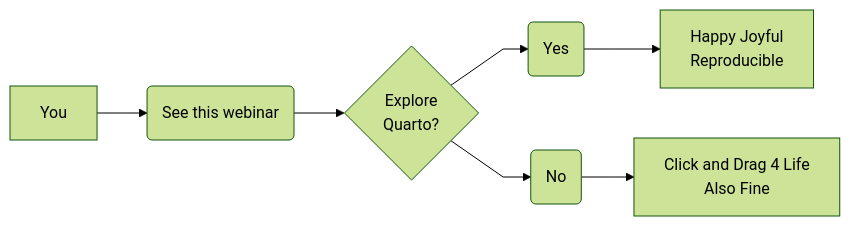
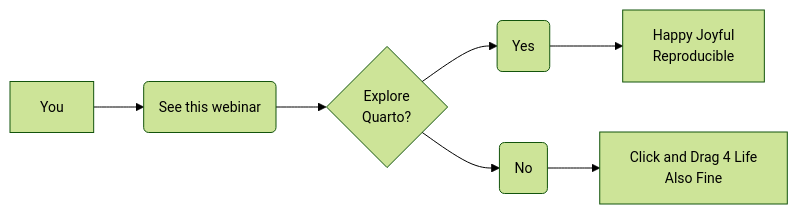
One commit to UCANR-IGIS/quarto-showcase changed the diagram in pt1/Quarto_R_Slides.qmd. Above: the diagram before and after it, drawn with Mermaid (forest theme). The commit also changed other lines of this file and 19 other files, not shown here.

Commit message:
Updates to mermaid format pt1

````diff
--- a/pt1/Quarto_R_Slides.qmd
+++ b/pt1/Quarto_R_Slides.qmd
@@ -406,10 +414,11 @@
 ```{mermaid}
-%%{init: {"flowchart": {"curve": "linear", "nodeSpacing": 50, "rankSpacing": 50}}}%%
 flowchart LR
+  classDef myStyle font-size:14px;
   A[You] --> B(See this webinar)
-  B --> C{Explore\nQuarto?}
+  B --> C{Explore \nQuarto?}
   C --> D(Yes)
   C --> E(No)
   D --> F[Happy Joyful \nReproducible]
   E --> G[Click and Drag 4 Life \nAlso Fine]
+  class A,B,C,D,E,F,G myStyle;
 ```
````
